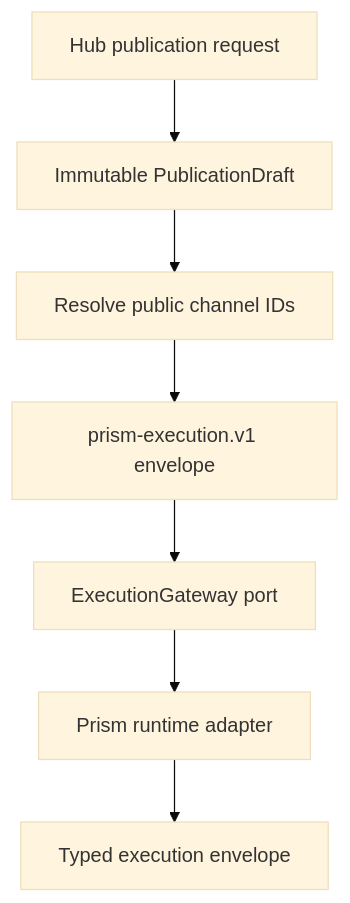
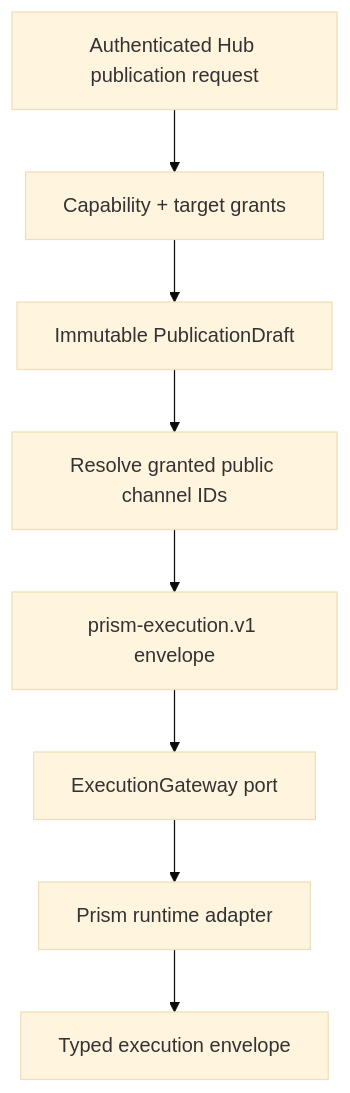
One commit to aiaiaiai-org/prism-hub changed the diagram in docs/architecture.md. Above: the diagram before and after it, drawn with Mermaid (base theme). The commit also changed other lines of this file and 4 other files, not shown here.

````diff
--- a/docs/architecture.md
+++ b/docs/architecture.md
@@ -53,9 +58,10 @@
 ```mermaid
 flowchart TD
-    Request["Hub publication request"] --> Draft["Immutable PublicationDraft"]
-    Draft --> Channels["Resolve public channel IDs"]
+    Request["Authenticated Hub publication request"] --> Auth["Capability + target grants"]
+    Auth --> Draft["Immutable PublicationDraft"]
+    Draft --> Channels["Resolve granted public channel IDs"]
     Channels --> Envelope["prism-execution.v1 envelope"]
     Envelope --> Gateway["ExecutionGateway port"]
     Gateway --> Runtime["Prism runtime adapter"]
     Runtime --> Response["Typed execution envelope"]
 ```
````
